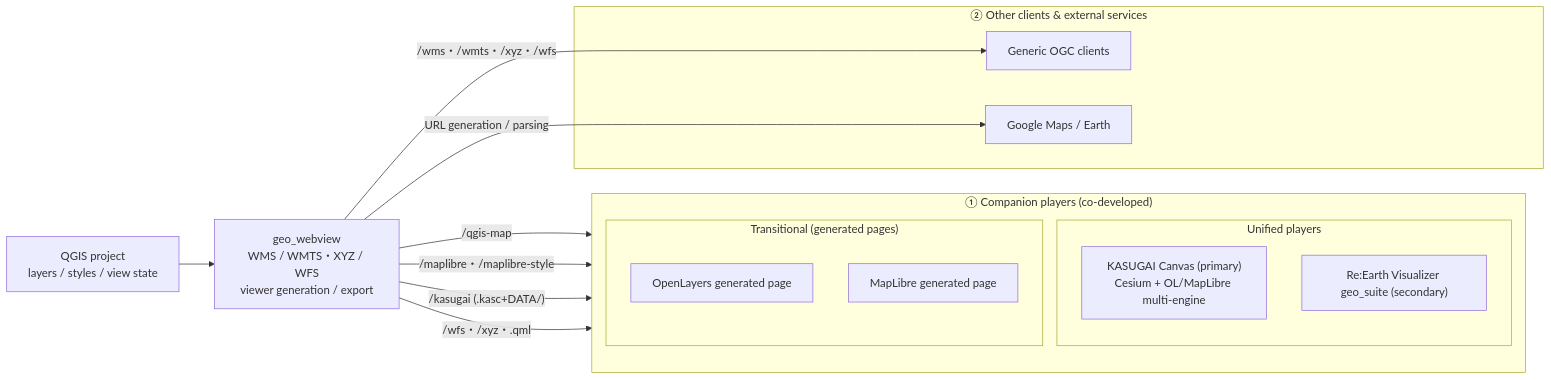
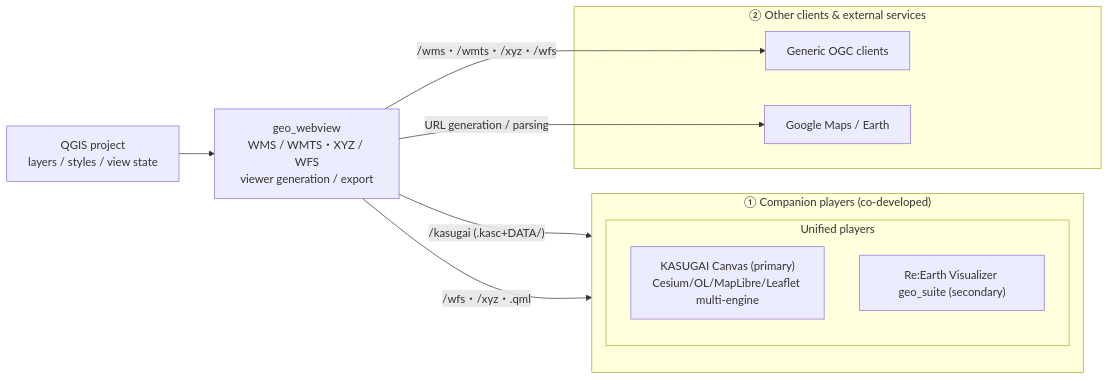
One commit to yamamoto-ryuzo/qgis_live_harness changed the diagram in qgis-plugin/geo_webview/README.md. Above: the diagram before and after it, drawn with Mermaid. The commit also changed other lines of this file and 30 other files, not shown here.

First line of the commit message:
geo_webview: 生成ビューア廃止・KASUGAI Canvas 4エンジン起動へ一本化 (v3.24.0)

````diff
--- a/qgis-plugin/geo_webview/README.md
+++ b/qgis-plugin/geo_webview/README.md
@@ -79,30 +77,24 @@
 ```mermaid
 flowchart LR
     QGIS["QGIS project<br>layers / styles / view state"]
     GW["geo_webview<br>WMS / WMTS・XYZ / WFS<br>viewer generation / export"]
 
     subgraph G1["① Companion players (co-developed)"]
         direction TB
         subgraph G1_UNI["Unified players"]
-            KC["KASUGAI Canvas (primary)<br>Cesium + OL/MapLibre multi-engine"]
+            KC["KASUGAI Canvas (primary)<br>Cesium/OL/MapLibre/Leaflet multi-engine"]
             RE["Re:Earth Visualizer geo_suite (secondary)"]
-        end
-        subgraph G1_TMP["Transitional (generated pages)"]
-            OL["OpenLayers generated page"]
-            ML["MapLibre generated page"]
         end
     end
 
     subgraph G2["② Other clients & external services"]
         OC["Generic OGC clients"]
         GM["Google Maps / Earth"]
     end
 
     QGIS --> GW
-    GW -->|"/qgis-map"| OL
-    GW -->|"/maplibre・/maplibre-style"| ML
     GW -->|"/kasugai (.kasc+DATA/)"| KC
     GW -->|"/wfs・/xyz・.qml"| RE
     GW -->|"/wms・/wmts・/xyz・/wfs"| OC
     GW -->|"URL generation / parsing"| GM
 ```
````
